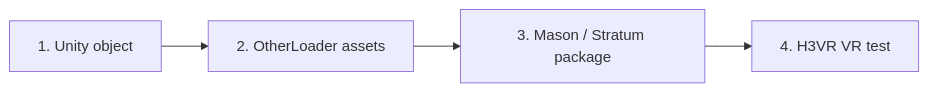
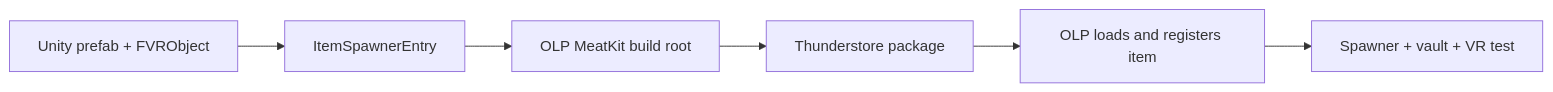
Before and after one commit to haohlin/H3VR-modding-handbook: the diagram in docs/weapons/custom-weapons-stratum-mason.md, drawn with Mermaid. The commit also changed other lines of this file and 11 other files, not shown here.

Commit message:
docs: add OtherLoaderPatched workflow

```diff
--- a/docs/weapons/custom-weapons-stratum-mason.md
+++ b/docs/weapons/custom-weapons-stratum-mason.md
@@ -7,6 +7,8 @@
 ~~~mermaid
 flowchart LR
-  unity[1. Unity object] --> loader[2. OtherLoader assets]
-  loader --> mason[3. Mason / Stratum package]
-  mason --> vr[4. H3VR VR test]
+  content[Unity prefab + FVRObject] --> entry[ItemSpawnerEntry]
+  entry --> root[OLP MeatKit build root]
+  root --> package[Thunderstore package]
+  package --> olp[OLP loads and registers item]
+  olp --> test[Spawner + vault + VR test]
 ~~~
```
